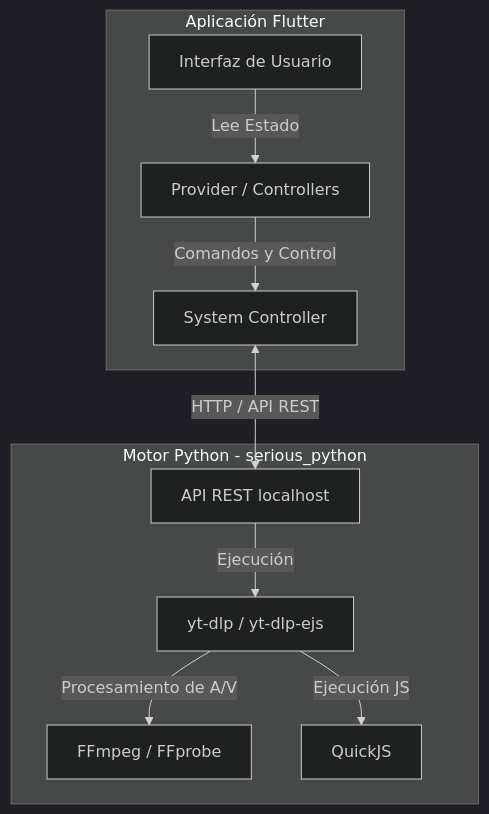
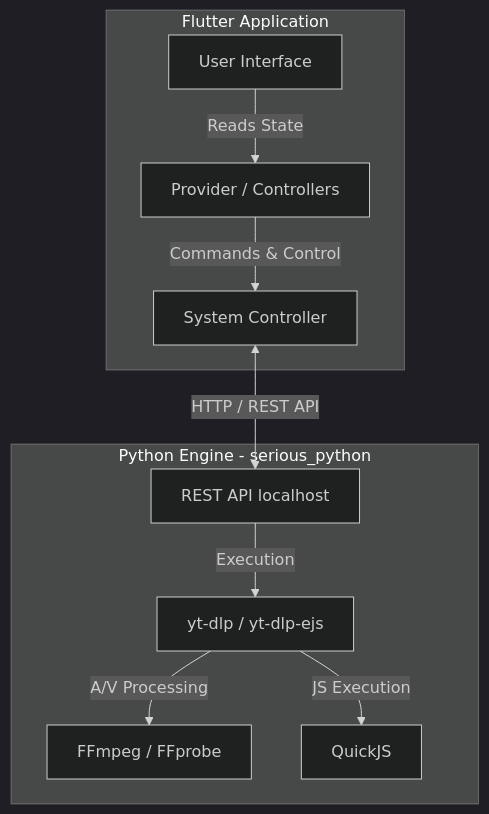
Before and after one commit to chomusuke-mk/vidra: the diagram in docs/system-architecture.md, drawn with Mermaid (dark theme). The commit also changed other lines of this file and 3 other files, not shown here.

````diff
--- a/docs/system-architecture.md
+++ b/docs/system-architecture.md
@@ -12,22 +12,22 @@
 ```mermaid
 graph TD
-  subgraph Frontend [Aplicación Flutter]
-    UI[Interfaz de Usuario]
+  subgraph Frontend [Flutter Application]
+    UI[User Interface]
     State[Provider / Controllers]
     SysCtrl[System Controller]
   end
 
-  subgraph Backend [Motor Python - serious_python]
-    Server[API REST localhost]
+  subgraph Backend [Python Engine - serious_python]
+    Server[REST API localhost]
     YTDLP[yt-dlp / yt-dlp-ejs]
     FFMPEG[FFmpeg / FFprobe]
     QJS[QuickJS]
   end
 
-  UI -->|Lee Estado| State
-  State -->|Comandos y Control| SysCtrl
-  SysCtrl <-->|HTTP / API REST| Server
-  Server -->|Ejecución| YTDLP
-  YTDLP -->|Procesamiento de A/V| FFMPEG
-  YTDLP -->|Ejecución JS| QJS
+  UI -->|Reads State| State
+  State -->|Commands & Control| SysCtrl
+  SysCtrl <-->|HTTP / REST API| Server
+  Server -->|Execution| YTDLP
+  YTDLP -->|A/V Processing| FFMPEG
+  YTDLP -->|JS Execution| QJS
 ```
````
